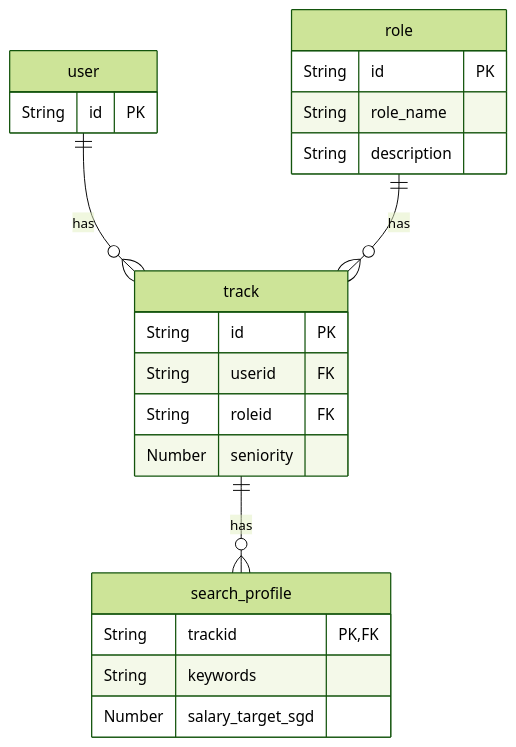
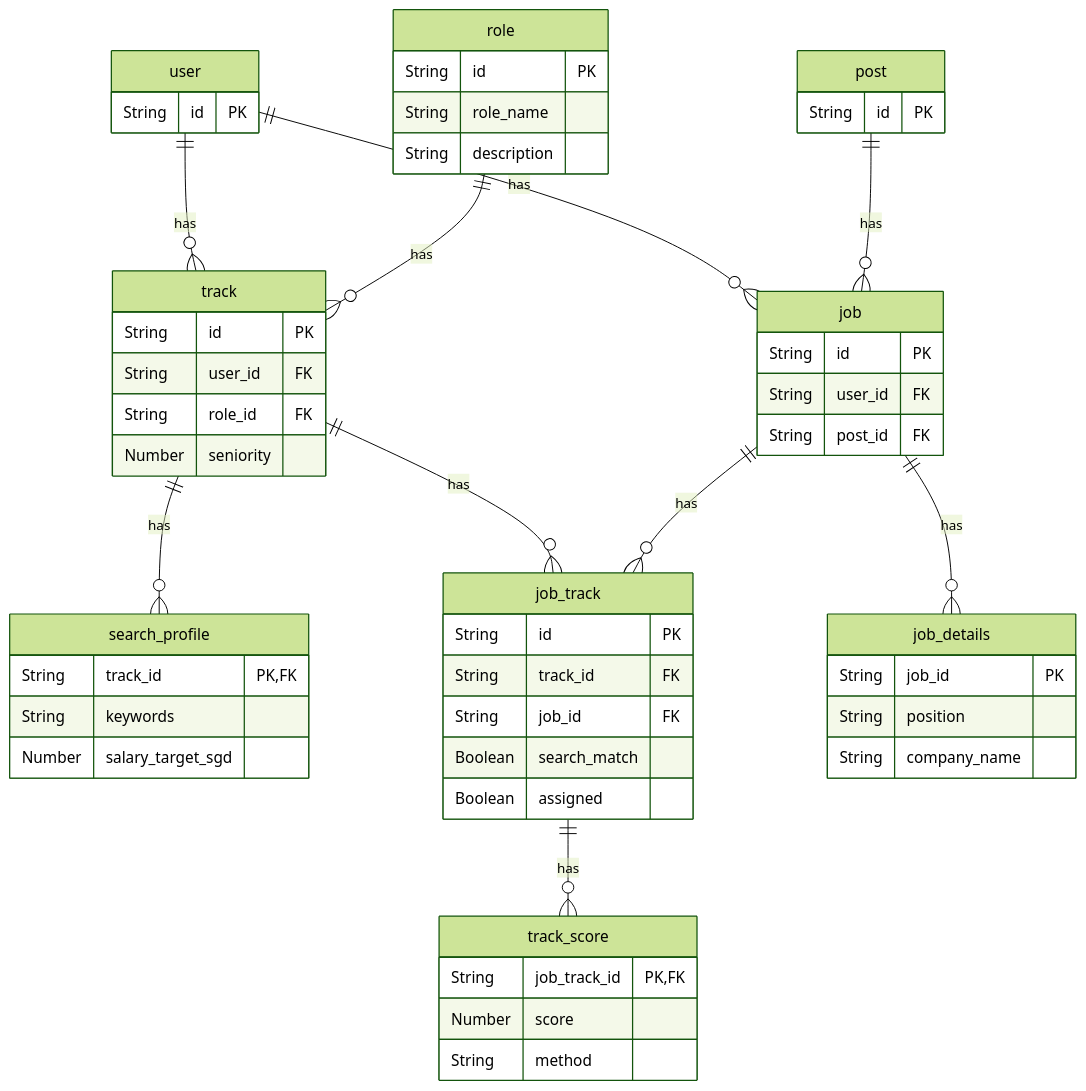
Before and after one commit to yayfalafels/mcfpipe: the third of 4 diagrams in docs/data_model.md, drawn with Mermaid (forest theme). The commit also changed other lines of this file and 15 other files, not shown here.

````diff
--- a/docs/data_model.md
+++ b/docs/data_model.md
@@ -139,29 +169,65 @@
 ```mermaid
 erDiagram
+    post {
+        String id PK
+    }
+
     user {
         String id PK
     }
 
     role {
         String id PK
         String role_name
         String description
     }
 
     track {
         String id PK
-        String userid FK
-        String roleid FK
+        String user_id FK
+        String role_id FK
         Number seniority
     }
 
     search_profile {
-        String trackid PK, FK
+        String track_id PK, FK
         String keywords
         Number salary_target_sgd
     }
 
+    job_track {
+        String id PK
+        String track_id FK
+        String job_id FK
+        Boolean search_match
+        Boolean assigned
+    }
+
+    job {
+        String id PK
+        String user_id FK
+        String post_id FK
+    }
+
+    job_details {
+        String job_id PK
+        String position
+        String company_name
+    }
+
+    track_score {
+        String job_track_id PK, FK
+        Number score
+        String method
+    }
+
     user ||--o{ track : has
     role ||--o{ track : has
+    user ||--o{ job : has
+    post ||--o{ job : has
     track ||--o{ search_profile : has
+    track ||--o{ job_track : has
+    job ||--o{ job_track : has
+    job_track ||--o{ track_score : has
+    job ||--o{ job_details : has
 ```
````
